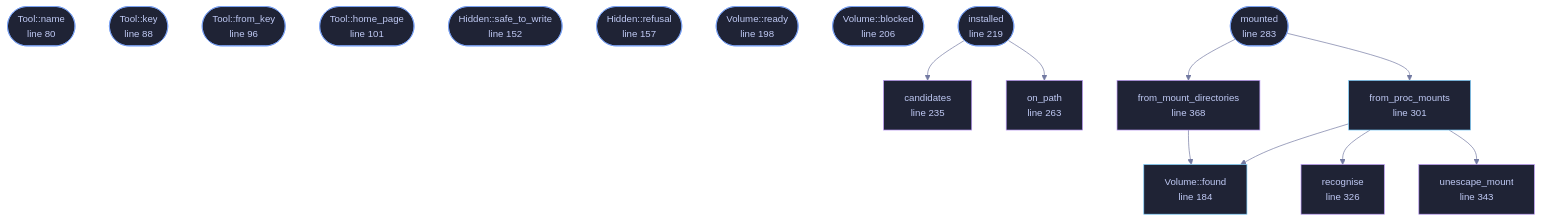
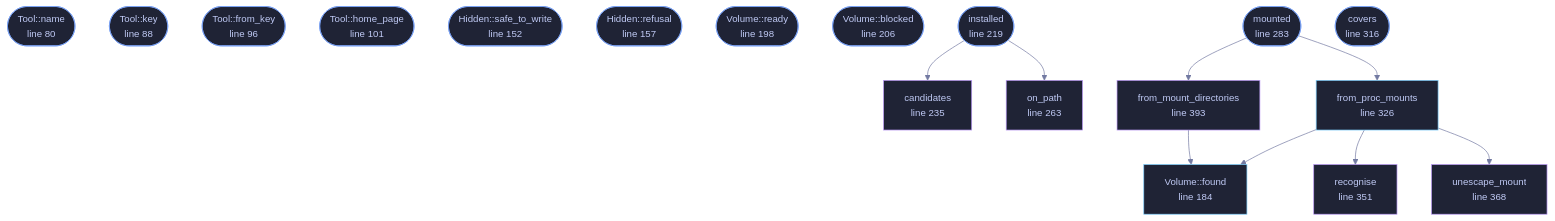
The diagram in docs/files/veilvoice-setup/volumes.md (tilas01/veilvoice), drawn with Mermaid before and after one commit. The commit also changed other lines of this file and 30 other files, not shown here.

````diff
--- a/docs/files/veilvoice-setup/volumes.md
+++ b/docs/files/veilvoice-setup/volumes.md
@@ -118,52 +119,54 @@
 ```mermaid
 %%{init: {"theme":"base","themeVariables":{"background":"#1a1b26","primaryColor":"#1f2335","primaryTextColor":"#c0caf5","primaryBorderColor":"#7aa2f7","secondaryColor":"#16161e","tertiaryColor":"#16161e","lineColor":"#737aa2","textColor":"#c0caf5","mainBkg":"#1f2335","nodeBorder":"#7aa2f7","clusterBkg":"#16161e","clusterBorder":"#2f3549","fontFamily":"ui-monospace, SFMono-Regular, Consolas, monospace","fontSize":"14px"}}}%%
 flowchart TD
     n_name(["Tool::name<br/>line 80"])
     n_key(["Tool::key<br/>line 88"])
     n_from_key(["Tool::from_key<br/>line 96"])
     n_home_page(["Tool::home_page<br/>line 101"])
     n_safe_to_write(["Hidden::safe_to_write<br/>line 152"])
     n_refusal(["Hidden::refusal<br/>line 157"])
     n_found["Volume::found<br/>line 184"]
     n_ready(["Volume::ready<br/>line 198"])
     n_blocked(["Volume::blocked<br/>line 206"])
     n_installed(["installed<br/>line 219"])
     n_candidates["candidates<br/>line 235"]
     n_on_path["on_path<br/>line 263"]
     n_mounted(["mounted<br/>line 283"])
-    n_from_proc_mounts["from_proc_mounts<br/>line 301"]
-    n_recognise["recognise<br/>line 326"]
-    n_unescape_mount["unescape_mount<br/>line 343"]
-    n_from_mount_directories["from_mount_directories<br/>line 368"]
+    n_covers(["covers<br/>line 316"])
+    n_from_proc_mounts["from_proc_mounts<br/>line 326"]
+    n_recognise["recognise<br/>line 351"]
+    n_unescape_mount["unescape_mount<br/>line 368"]
+    n_from_mount_directories["from_mount_directories<br/>line 393"]
     n_from_mount_directories --> n_found
     n_from_proc_mounts --> n_found
     n_from_proc_mounts --> n_recognise
     n_from_proc_mounts --> n_unescape_mount
     n_installed --> n_candidates
     n_installed --> n_on_path
     n_mounted --> n_from_mount_directories
     n_mounted --> n_from_proc_mounts
     click n_name href "https://github.com/tilas01/veilvoice/blob/main/crates/veilvoice-setup/src/volumes.rs#L80" "open the source"
     click n_key href "https://github.com/tilas01/veilvoice/blob/main/crates/veilvoice-setup/src/volumes.rs#L88" "open the source"
     click n_from_key href "https://github.com/tilas01/veilvoice/blob/main/crates/veilvoice-setup/src/volumes.rs#L96" "open the source"
     click n_home_page href "https://github.com/tilas01/veilvoice/blob/main/crates/veilvoice-setup/src/volumes.rs#L101" "open the source"
     click n_safe_to_write href "https://github.com/tilas01/veilvoice/blob/main/crates/veilvoice-setup/src/volumes.rs#L152" "open the source"
     click n_refusal href "https://github.com/tilas01/veilvoice/blob/main/crates/veilvoice-setup/src/volumes.rs#L157" "open the source"
     click n_found href "https://github.com/tilas01/veilvoice/blob/main/crates/veilvoice-setup/src/volumes.rs#L184" "open the source"
     click n_ready href "https://github.com/tilas01/veilvoice/blob/main/crates/veilvoice-setup/src/volumes.rs#L198" "open the source"
     click n_blocked href "https://github.com/tilas01/veilvoice/blob/main/crates/veilvoice-setup/src/volumes.rs#L206" "open the source"
     click n_installed href "https://github.com/tilas01/veilvoice/blob/main/crates/veilvoice-setup/src/volumes.rs#L219" "open the source"
     click n_candidates href "https://github.com/tilas01/veilvoice/blob/main/crates/veilvoice-setup/src/volumes.rs#L235" "open the source"
     click n_on_path href "https://github.com/tilas01/veilvoice/blob/main/crates/veilvoice-setup/src/volumes.rs#L263" "open the source"
     click n_mounted href "https://github.com/tilas01/veilvoice/blob/main/crates/veilvoice-setup/src/volumes.rs#L283" "open the source"
-    click n_from_proc_mounts href "https://github.com/tilas01/veilvoice/blob/main/crates/veilvoice-setup/src/volumes.rs#L301" "open the source"
-    click n_recognise href "https://github.com/tilas01/veilvoice/blob/main/crates/veilvoice-setup/src/volumes.rs#L326" "open the source"
-    click n_unescape_mount href "https://github.com/tilas01/veilvoice/blob/main/crates/veilvoice-setup/src/volumes.rs#L343" "open the source"
-    click n_from_mount_directories href "https://github.com/tilas01/veilvoice/blob/main/crates/veilvoice-setup/src/volumes.rs#L368" "open the source"
+    click n_covers href "https://github.com/tilas01/veilvoice/blob/main/crates/veilvoice-setup/src/volumes.rs#L316" "open the source"
+    click n_from_proc_mounts href "https://github.com/tilas01/veilvoice/blob/main/crates/veilvoice-setup/src/volumes.rs#L326" "open the source"
+    click n_recognise href "https://github.com/tilas01/veilvoice/blob/main/crates/veilvoice-setup/src/volumes.rs#L351" "open the source"
+    click n_unescape_mount href "https://github.com/tilas01/veilvoice/blob/main/crates/veilvoice-setup/src/volumes.rs#L368" "open the source"
+    click n_from_mount_directories href "https://github.com/tilas01/veilvoice/blob/main/crates/veilvoice-setup/src/volumes.rs#L393" "open the source"
     classDef entry fill:#1f2335,stroke:#7aa2f7,color:#c0caf5
-    class n_name,n_key,n_from_key,n_home_page,n_safe_to_write,n_refusal,n_ready,n_blocked,n_installed,n_mounted entry
+    class n_name,n_key,n_from_key,n_home_page,n_safe_to_write,n_refusal,n_ready,n_blocked,n_installed,n_mounted,n_covers entry
     classDef api fill:#1f2335,stroke:#7dcfff,color:#c0caf5
     class n_found,n_from_proc_mounts api
     classDef helper fill:#1f2335,stroke:#bb9af7,color:#c0caf5
     class n_candidates,n_on_path,n_recognise,n_unescape_mount,n_from_mount_directories helper
 ```
````
